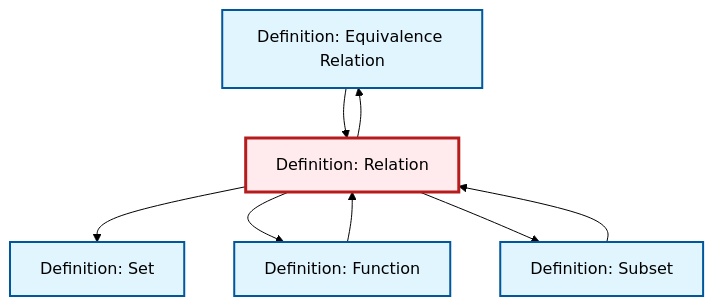
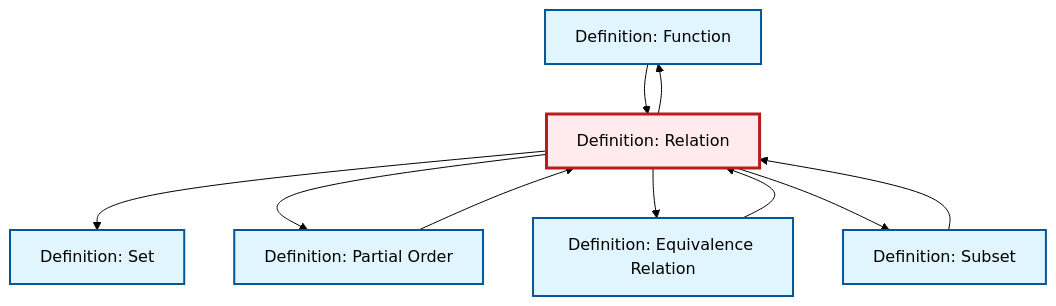
The diagram in content/en/logic-set-theory/def-relation.qmd (RK0429/ModernMath), drawn with Mermaid (forest theme) before and after one commit. The commit also changed 581 other files, not shown here.

````diff
--- a/content/en/logic-set-theory/def-relation.qmd
+++ b/content/en/logic-set-theory/def-relation.qmd
@@ -90,26 +90,30 @@
 ```{mermaid}
 %%| fig-cap: "Local dependency graph"
 graph TD
     classDef definition fill:#e1f5fe,stroke:#01579b,stroke-width:2px
     classDef theorem fill:#f3e5f5,stroke:#4a148c,stroke-width:2px
     classDef axiom fill:#fff3e0,stroke:#e65100,stroke-width:2px
     classDef example fill:#e8f5e9,stroke:#1b5e20,stroke-width:2px
     classDef current fill:#ffebee,stroke:#b71c1c,stroke-width:3px
-    def-set["Definition: Set"]:::definition
-    def-equivalence-relation["Definition: Equivalence Relation"]:::definition
-    def-relation["Definition: Relation"]:::definition
     def-function["Definition: Function"]:::definition
     def-subset["Definition: Subset"]:::definition
-    def-relation --> def-equivalence-relation
-    def-relation --> def-set
+    def-equivalence-relation["Definition: Equivalence Relation"]:::definition
+    def-partial-order["Definition: Partial Order"]:::definition
+    def-relation["Definition: Relation"]:::definition
+    def-set["Definition: Set"]:::definition
+    def-subset --> def-relation
     def-function --> def-relation
     def-relation --> def-function
-    def-subset --> def-relation
     def-equivalence-relation --> def-relation
+    def-relation --> def-set
+    def-relation --> def-partial-order
+    def-partial-order --> def-relation
+    def-relation --> def-equivalence-relation
     def-relation --> def-subset
     class def-relation current
-    click def-set "def-set.html" "Go to Set definition"
-    click def-equivalence-relation "def-equivalence-relation.html" "Go to Equivalence Relation definition"
     click def-function "def-function.html" "Go to Function definition"
     click def-subset "def-subset.html" "Go to Subset definition"
+    click def-equivalence-relation "def-equivalence-relation.html" "Go to Equivalence Relation definition"
+    click def-partial-order "def-partial-order.html" "Go to Partial Order definition"
+    click def-set "def-set.html" "Go to Set definition"
 ```
````
